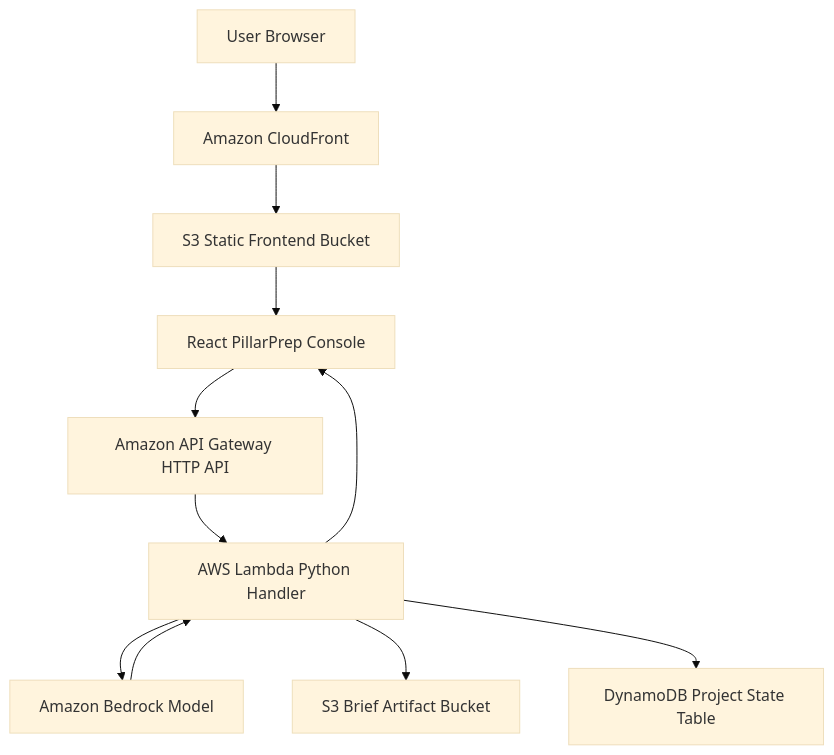
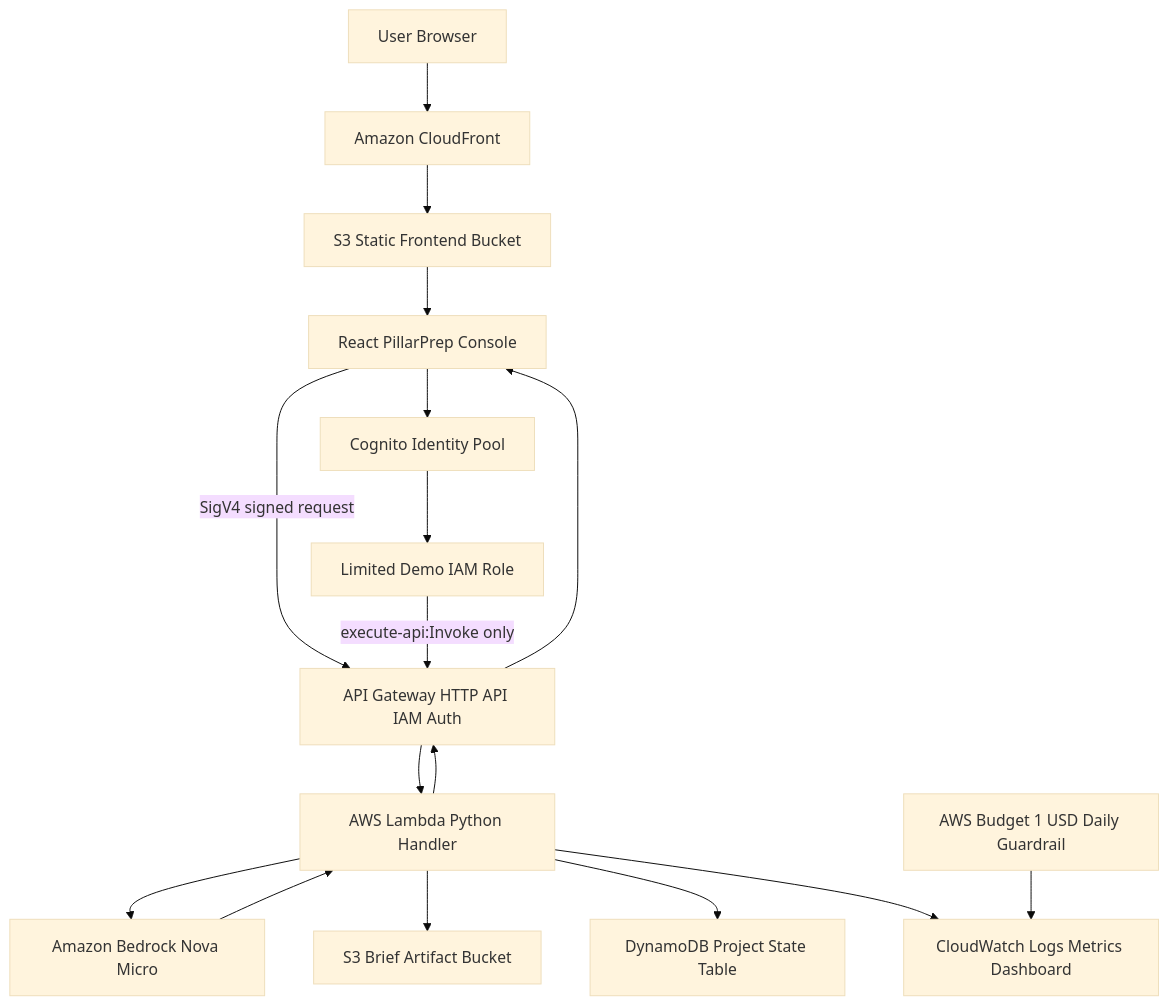
Before and after one commit to aadams35/Pilarprep: the diagram in docs/aws-infrastructure-design.md, drawn with Mermaid (base theme). The commit also changed other lines of this file and 16 other files, not shown here.

Commit message:
Add IAM-authenticated AWS demo path

````diff
--- a/docs/aws-infrastructure-design.md
+++ b/docs/aws-infrastructure-design.md
@@ -7,13 +7,19 @@
 ```mermaid
 flowchart TD
   USER[User Browser] --> CF[Amazon CloudFront]
   CF --> S3FRONT[S3 Static Frontend Bucket]
   S3FRONT --> UI[React PillarPrep Console]
-  UI --> API[Amazon API Gateway HTTP API]
+  UI --> COGNITO[Cognito Identity Pool]
+  COGNITO --> DEMOROLE[Limited Demo IAM Role]
+  UI -->|SigV4 signed request| API[API Gateway HTTP API IAM Auth]
+  DEMOROLE -->|execute-api:Invoke only| API
   API --> LAMBDA[AWS Lambda Python Handler]
-  LAMBDA --> BEDROCK[Amazon Bedrock Model]
+  LAMBDA --> BEDROCK[Amazon Bedrock Nova Micro]
   BEDROCK --> LAMBDA
   LAMBDA --> ARTIFACTS[S3 Brief Artifact Bucket]
   LAMBDA --> STATE[DynamoDB Project State Table]
-  LAMBDA --> UI
+  LAMBDA --> API
+  API --> UI
+  LAMBDA --> DASH[CloudWatch Logs Metrics Dashboard]
+  BUDGET[AWS Budget 1 USD Daily Guardrail] --> DASH
 ```
````
